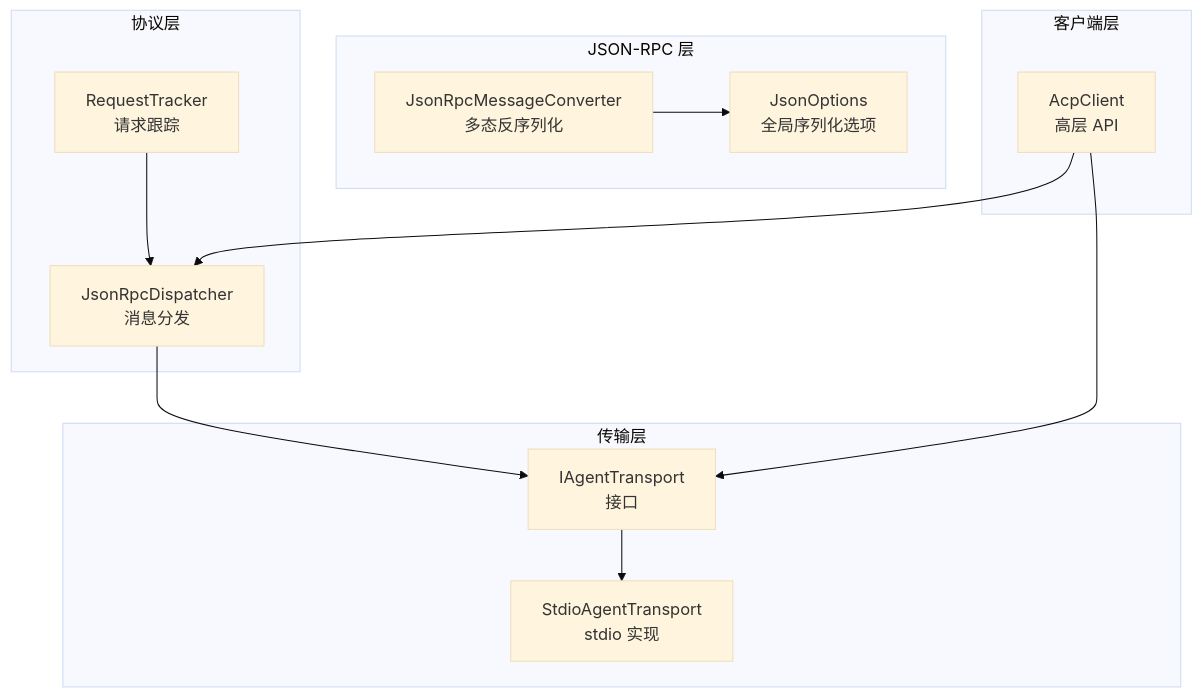
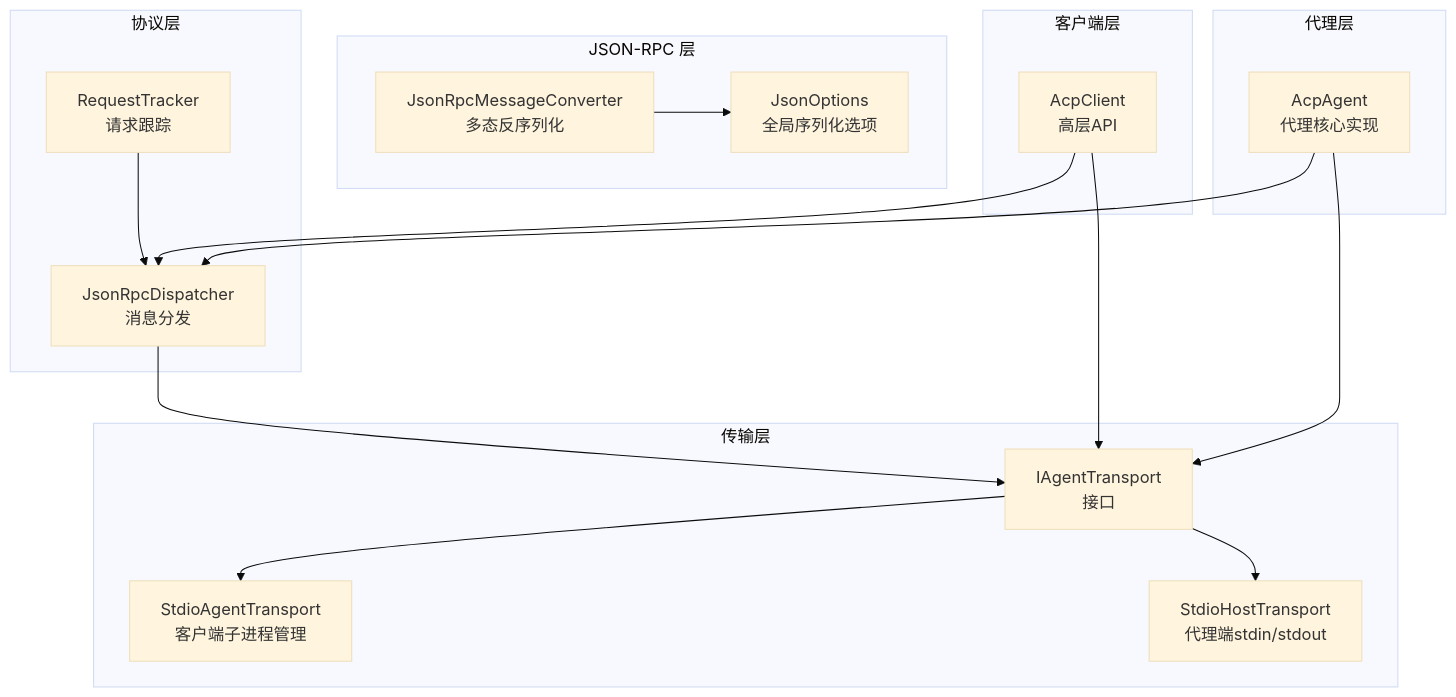
One commit to AgenticDesktop/ACPLibrary changed the first of 5 diagrams in .qoder/repowiki/zh/content/传输层/标准输入输出实现.md. Above: the diagram before and after it, drawn with Mermaid (base theme). The commit also changed other lines of this file and 33 other files, not shown here.

````diff
--- a/.qoder/repowiki/zh/content/传输层/标准输入输出实现.md
+++ b/.qoder/repowiki/zh/content/传输层/标准输入输出实现.md
@@ -34,24 +44,31 @@
 ```mermaid
 graph TB
 subgraph "传输层"
 T_IF["IAgentTransport<br/>接口"]
-T_STDIO["StdioAgentTransport<br/>stdio 实现"]
+T_CLIENT["StdioAgentTransport<br/>客户端子进程管理"]
+T_AGENT["StdioHostTransport<br/>代理端stdin/stdout"]
 end
 subgraph "协议层"
 P_DISP["JsonRpcDispatcher<br/>消息分发"]
 P_TRACK["RequestTracker<br/>请求跟踪"]
 end
 subgraph "JSON-RPC 层"
 J_CONV["JsonRpcMessageConverter<br/>多态反序列化"]
 J_OPT["JsonOptions<br/>全局序列化选项"]
 end
 subgraph "客户端层"
-C_CLIENT["AcpClient<br/>高层 API"]
+C_CLIENT["AcpClient<br/>高层API"]
 end
-T_IF --> T_STDIO
+subgraph "代理层"
+A_AGENT["AcpAgent<br/>代理核心实现"]
+end
+T_IF --> T_CLIENT
+T_IF --> T_AGENT
 P_DISP --> T_IF
 P_TRACK --> P_DISP
 J_CONV --> J_OPT
 C_CLIENT --> P_DISP
 C_CLIENT --> T_IF
+A_AGENT --> P_DISP
+A_AGENT --> T_IF
 ```
````
